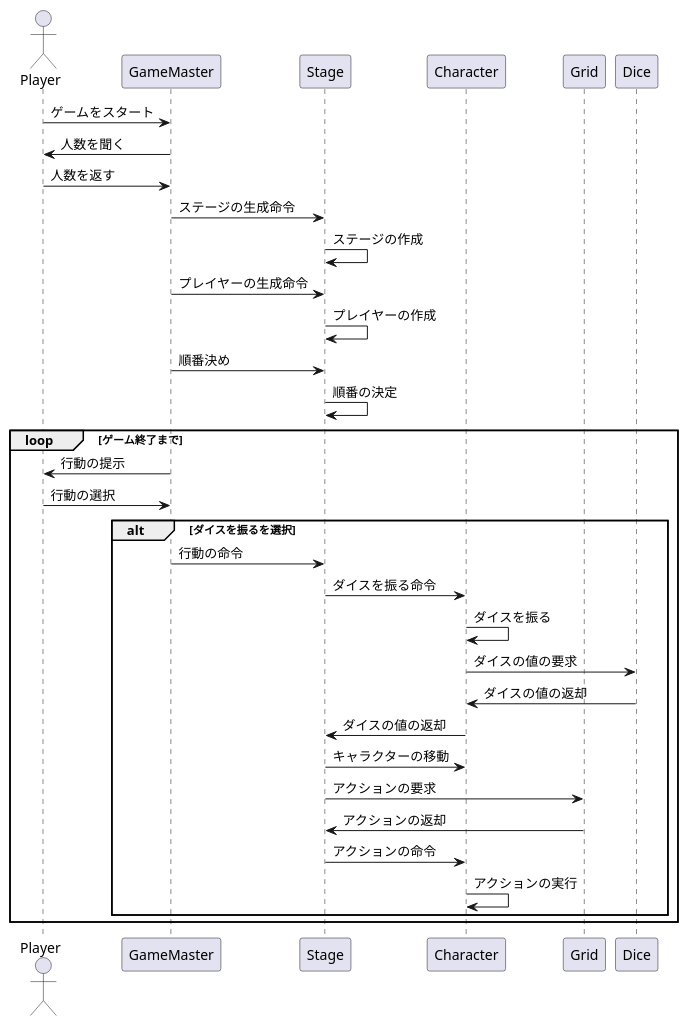
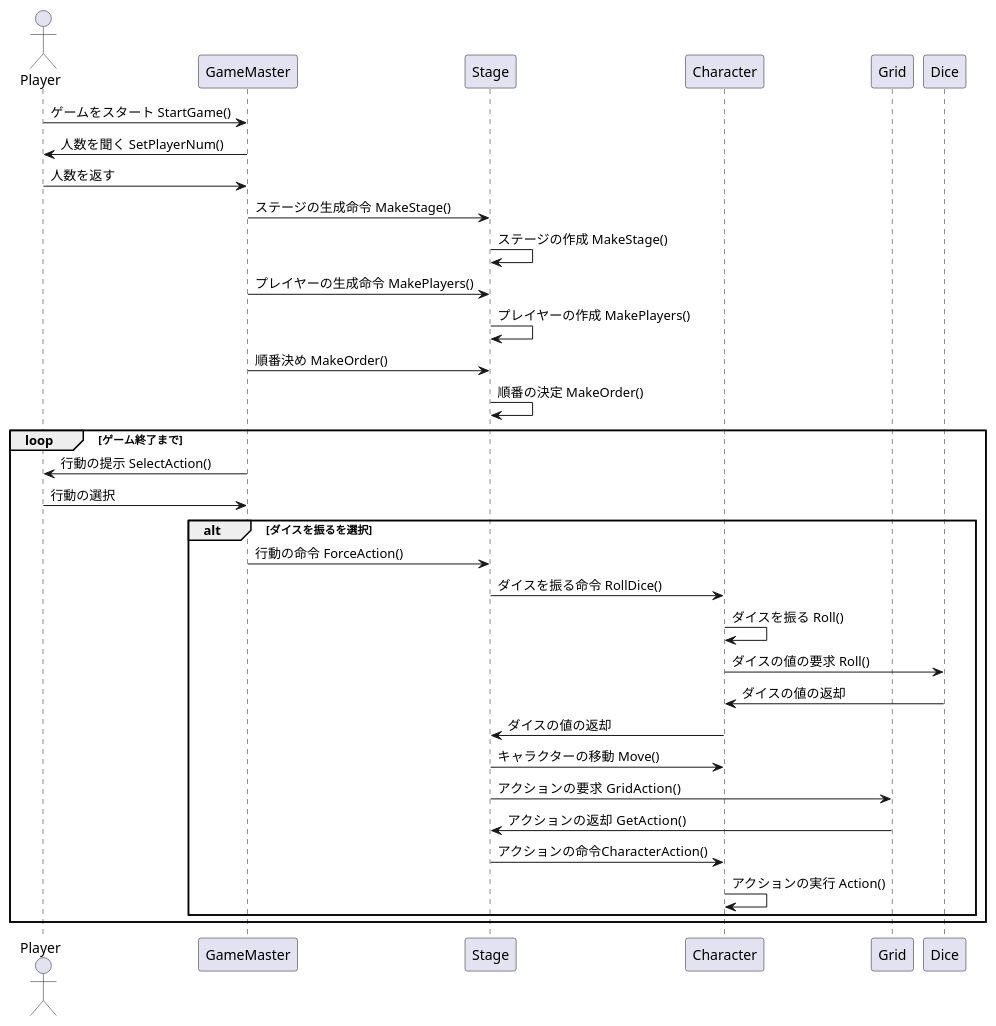
Before and after one commit to Hikaru-Tokuzato/-project: the diagram in すごろくproject/Assets/sugoroku.puml, drawn with PlantUML.

Commit message:
add method name

```diff
--- a/すごろくproject/Assets/sugoroku.puml
+++ b/すごろくproject/Assets/sugoroku.puml
@@ -1,40 +1,40 @@
 @startuml
 actor Player
 participant GameMaster
 participant Stage
 participant Character
 participant Grid
 participant Dice
 
-Player -> GameMaster : ゲームをスタート
-GameMaster -> Player : 人数を聞く
+Player -> GameMaster : ゲームをスタート StartGame()
+GameMaster -> Player : 人数を聞く SetPlayerNum()
 Player -> GameMaster : 人数を返す
-GameMaster -> Stage : ステージの生成命令
-Stage -> Stage : ステージの作成
-GameMaster -> Stage : プレイヤーの生成命令
-Stage -> Stage : プレイヤーの作成
-GameMaster -> Stage : 順番決め
-Stage -> Stage : 順番の決定
+GameMaster -> Stage : ステージの生成命令 MakeStage()
+Stage -> Stage : ステージの作成 MakeStage()
+GameMaster -> Stage : プレイヤーの生成命令 MakePlayers()
+Stage -> Stage : プレイヤーの作成 MakePlayers()
+GameMaster -> Stage : 順番決め MakeOrder()
+Stage -> Stage : 順番の決定 MakeOrder()
 loop ゲーム終了まで
-    GameMaster -> Player : 行動の提示
+    GameMaster -> Player : 行動の提示 SelectAction()
     Player -> GameMaster : 行動の選択
     alt ダイスを振るを選択
-        GameMaster -> Stage : 行動の命令
-        Stage -> Character : ダイスを振る命令 
-        Character -> Character : ダイスを振る
-        Character -> Dice : ダイスの値の要求
+        GameMaster -> Stage : 行動の命令 ForceAction() 
+        Stage -> Character : ダイスを振る命令 RollDice()
+        Character -> Character : ダイスを振る Roll()
+        Character -> Dice : ダイスの値の要求 Roll()
         Dice -> Character : ダイスの値の返却
         Character -> Stage : ダイスの値の返却
-        Stage -> Character : キャラクターの移動
-        Stage -> Grid : アクションの要求
-        Grid -> Stage : アクションの返却
-        Stage -> Character : アクションの命令
-        Character -> Character : アクションの実行
+        Stage -> Character : キャラクターの移動 Move()
+        Stage -> Grid : アクションの要求  GridAction()
+        Grid -> Stage : アクションの返却  GetAction()
+        Stage -> Character : アクションの命令CharacterAction()
+        Character -> Character : アクションの実行 Action()
     end
 end
 
 
 
 
 
 @enduml
```
